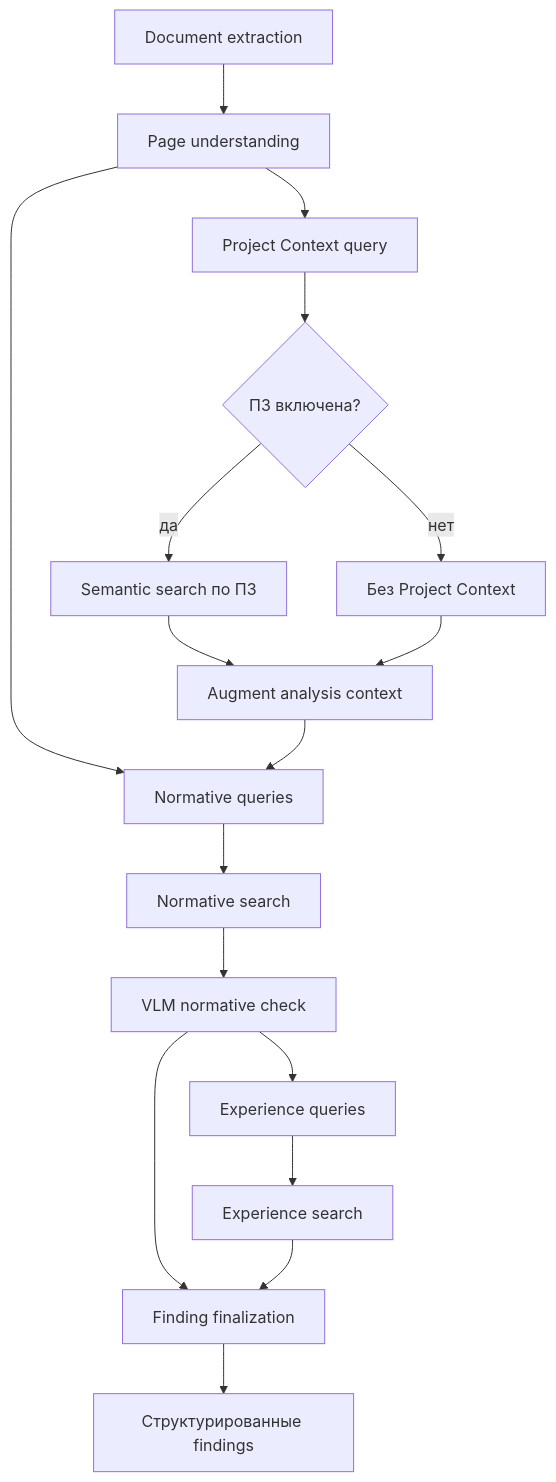
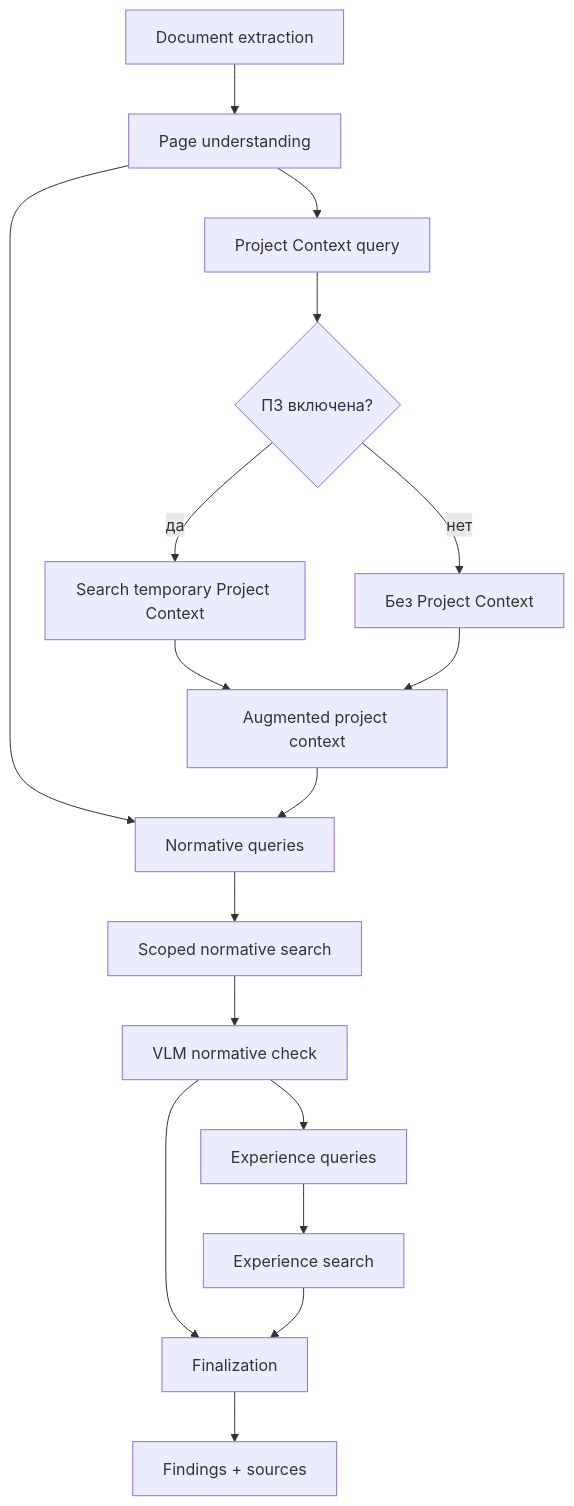
One commit to Amadu-A/PDRD-validation changed the third of 8 diagrams in README.md. Above: the diagram before and after it, drawn with Mermaid. The commit also changed other lines of this file and 7 other files, not shown here.

````diff
--- a/README.md
+++ b/README.md
@@ -148,26 +169,24 @@
 ```mermaid
 flowchart TD
     DOC[Document extraction] --> FACTS[Page understanding]
-    FACTS --> CTXQ[Project Context query]
+    FACTS --> PZQ[Project Context query]
 
-    CTXQ --> PZSEARCH{ПЗ включена?}
-    PZSEARCH -->|да| PZ[Semantic search по ПЗ]
-    PZSEARCH -->|нет| EMPTY[Без Project Context]
+    PZQ --> PZ{ПЗ включена?}
+    PZ -->|да| PZS[Search temporary Project Context]
+    PZ -->|нет| EMPTY[Без Project Context]
 
-    PZ --> AUG[Augment analysis context]
+    PZS --> AUG[Augmented project context]
     EMPTY --> AUG
 
     FACTS --> NQ[Normative queries]
     AUG --> NQ
+    NQ --> NS[Scoped normative search]
+    NS --> CHECK[VLM normative check]
 
-    NQ --> NORM[Normative search]
-    NORM --> CHECK[VLM normative check]
+    CHECK --> EQ[Experience queries]
+    EQ --> ES[Experience search]
 
-    CHECK --> EXPQ[Experience queries]
-    EXPQ --> EXP[Experience search]
-
-    CHECK --> FINAL[Finding finalization]
-    EXP --> FINAL
-
-    FINAL --> RESULT[Структурированные findings]
+    CHECK --> FINAL[Finalization]
+    ES --> FINAL
+    FINAL --> RESULT[Findings + sources]
 ```
````
